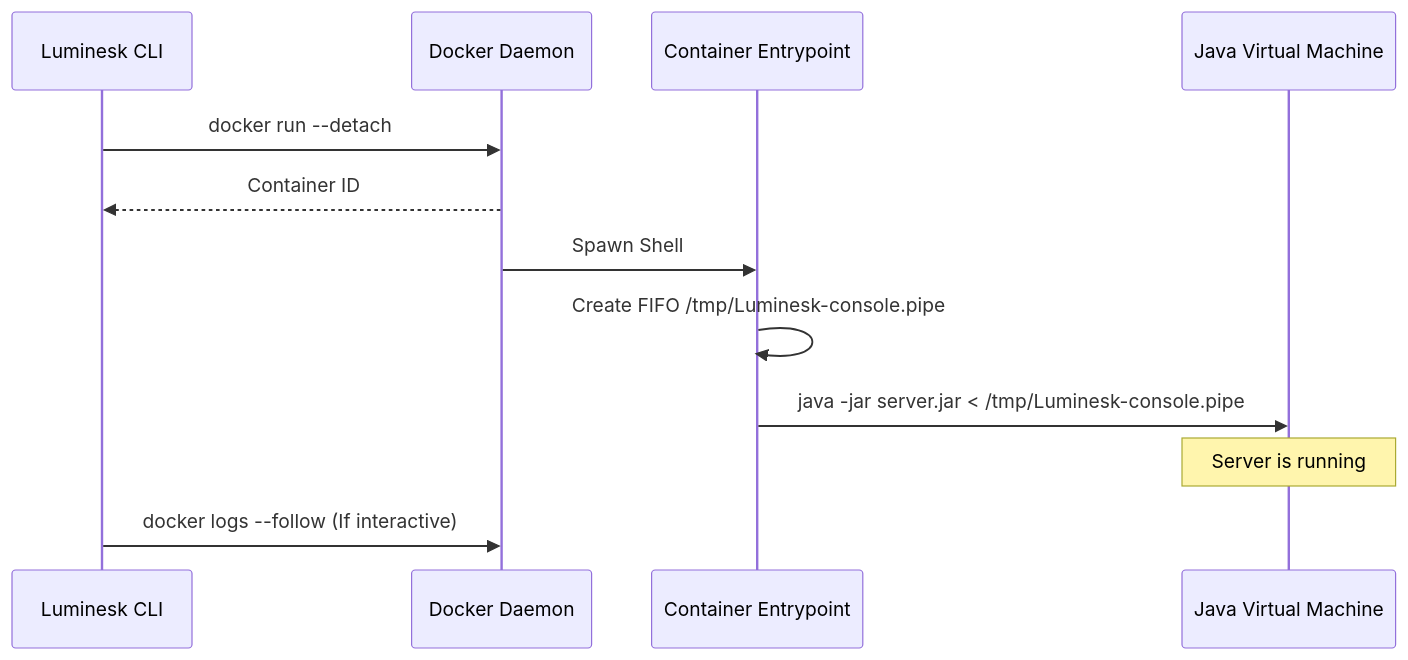
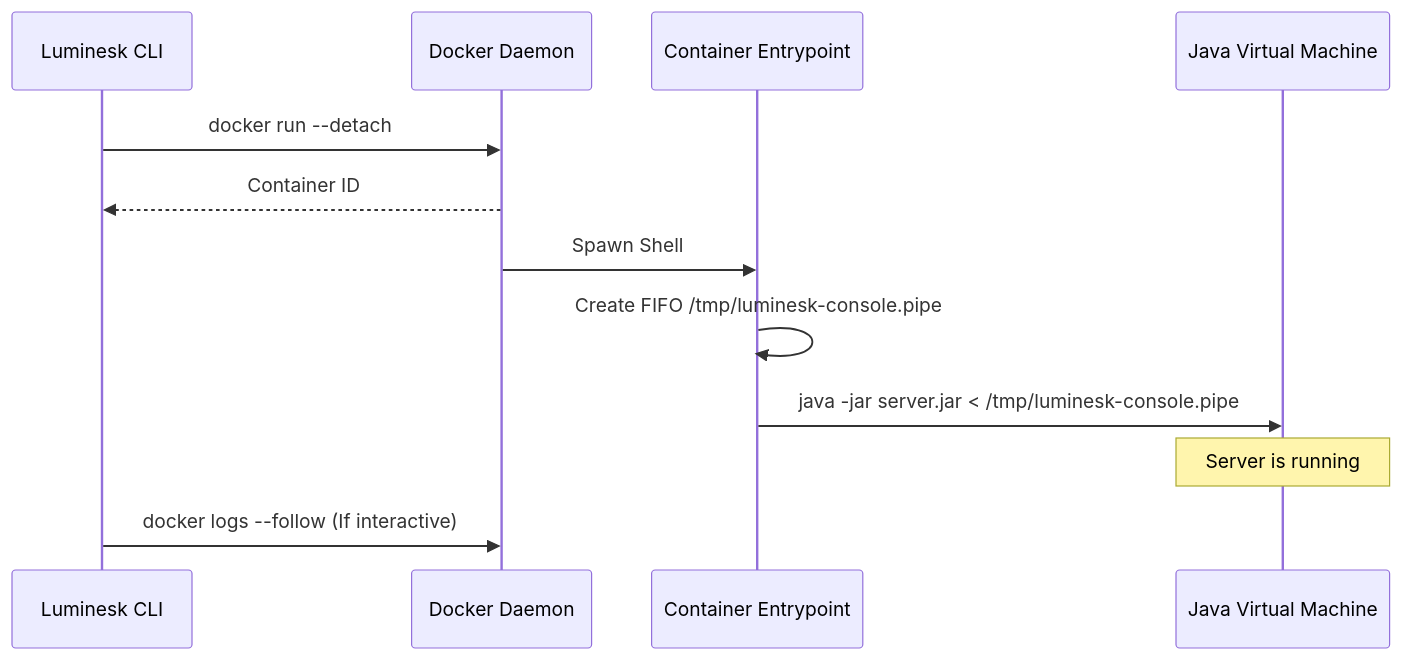
The diagram in docs/docs/concepts/runtime.md (task-v1/luminesk-cli), drawn with Mermaid before and after one commit. The commit also changed other lines of this file and 20 other files, not shown here.

````diff
--- a/docs/docs/concepts/runtime.md
+++ b/docs/docs/concepts/runtime.md
@@ -44,15 +44,15 @@
 ```mermaid
 sequenceDiagram
     participant CLI as Luminesk CLI
     participant Daemon as Docker Daemon
     participant Container as Container Entrypoint
     participant Java as Java Virtual Machine
 
     CLI->>Daemon: docker run --detach
     Daemon-->>CLI: Container ID
     Daemon->>Container: Spawn Shell
-    Container->>Container: Create FIFO /tmp/Luminesk-console.pipe
-    Container->>Java: java -jar server.jar < /tmp/Luminesk-console.pipe
+    Container->>Container: Create FIFO /tmp/luminesk-console.pipe
+    Container->>Java: java -jar server.jar < /tmp/luminesk-console.pipe
     Note over Java: Server is running
     CLI->>Daemon: docker logs --follow (If interactive)
 ```
````
